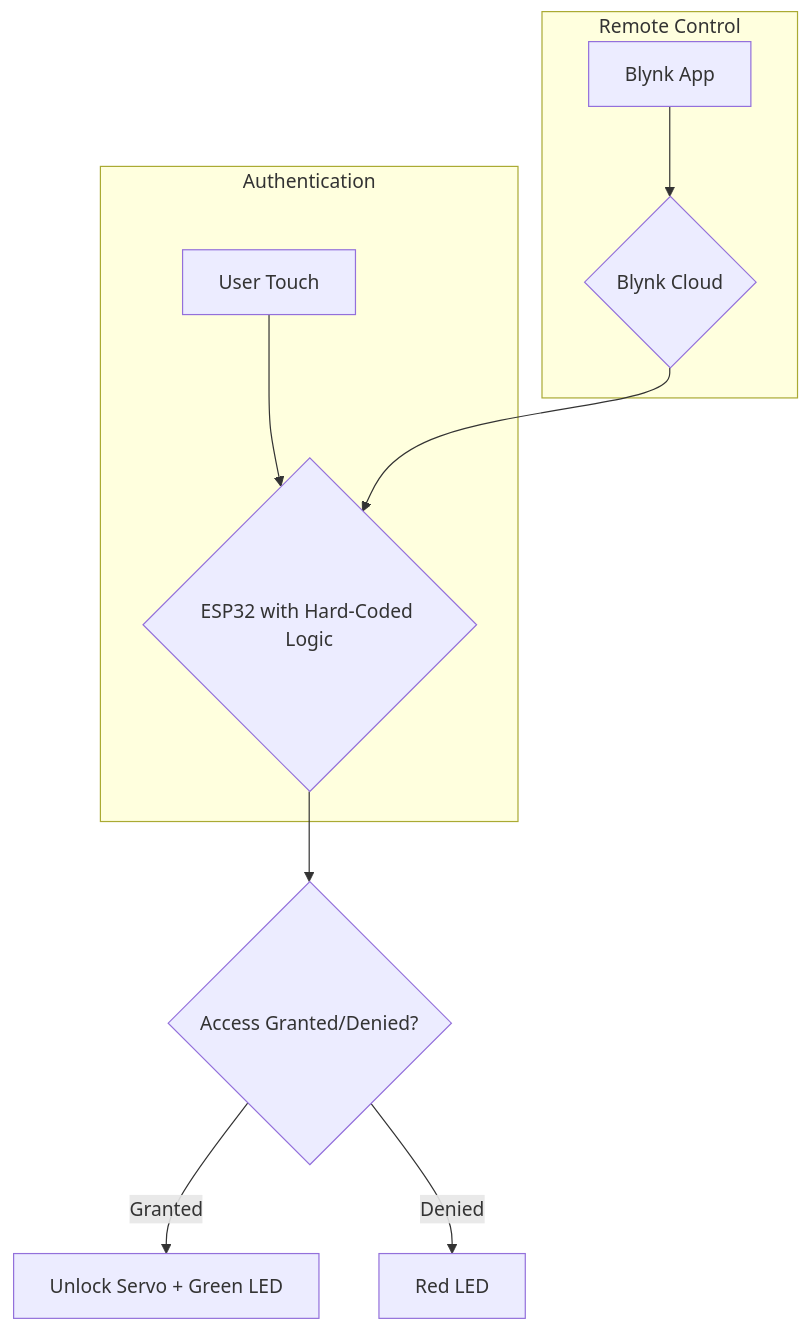
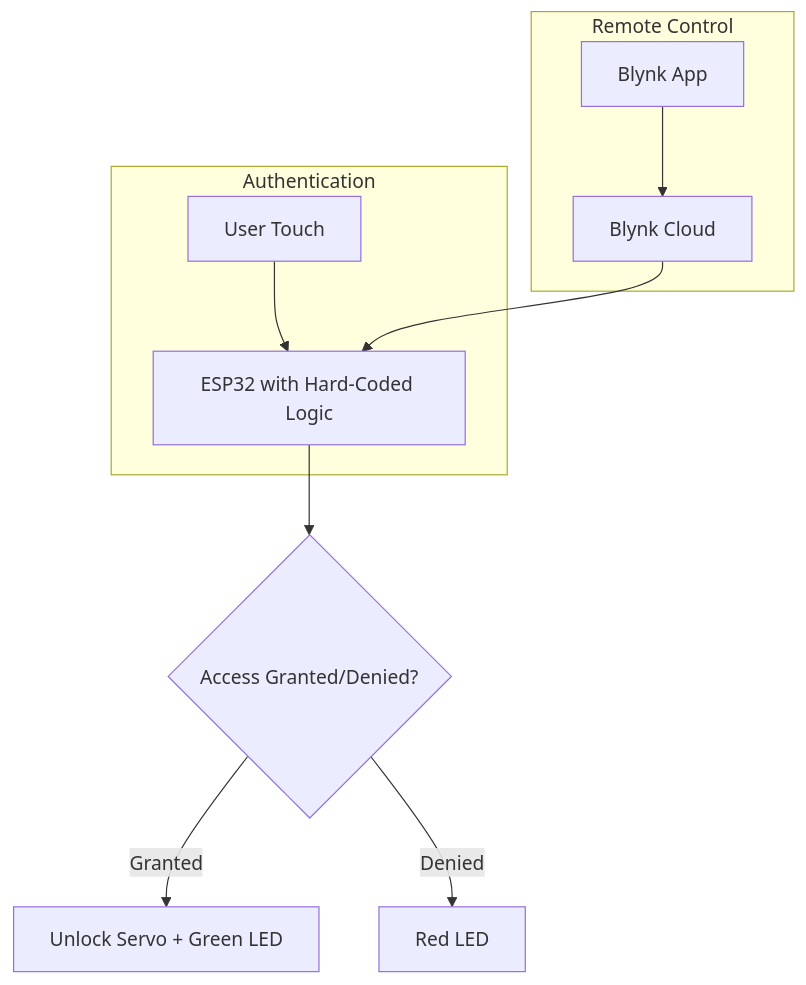
Before and after one commit to varunaditya27/LockAI: the second of 2 diagrams in README.md, drawn with Mermaid. The commit also changed other lines of this file, not shown here.

Commit message:
Corrected mermaid rendering in README.md

````diff
--- a/README.md
+++ b/README.md
@@ -69,13 +69,13 @@
 ```mermaid
 graph TD
     subgraph "Authentication"
-        A[User Touch] --> B{ESP32 with Hard-Coded Logic};
+        A[User Touch] --> B[ESP32 with Hard-Coded Logic];
     end
     subgraph "Remote Control"
-        C[Blynk App] --> D{Blynk Cloud};
+        C[Blynk App] --> D[Blynk Cloud];
         D --> B;
     end
     B --> E{Access Granted/Denied?};
     E -- Granted --> F[Unlock Servo + Green LED];
     E -- Denied --> G[Red LED];
 ```
````
